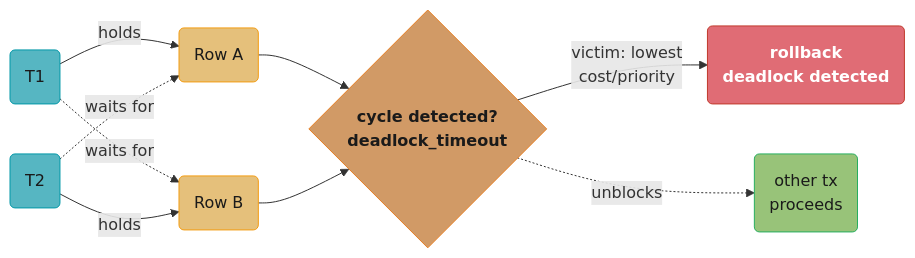
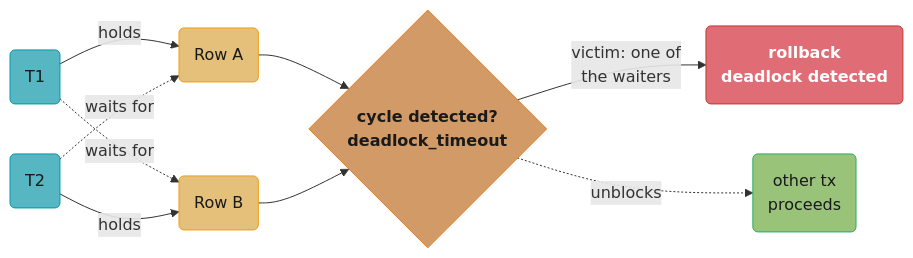
Before and after one commit to rppol/system-design: the first of 4 diagrams in src/main/java/com/rutik/systemdesign/database/concurrency_control_and_locking/README.md, drawn with Mermaid. The commit also changed other lines of this file and 4 other files, not shown here.

````diff
--- a/src/main/java/com/rutik/systemdesign/database/concurrency_control_and_locking/README.md
+++ b/src/main/java/com/rutik/systemdesign/database/concurrency_control_and_locking/README.md
@@ -240,25 +259,25 @@
 ```mermaid
 flowchart LR
     classDef io      fill:#61afef,stroke:#2e86c1,color:#1a1a1a,font-weight:bold
     classDef frozen  fill:#c678dd,stroke:#9b59b6,color:#fff
     classDef train   fill:#98c379,stroke:#27ae60,color:#1a1a1a
     classDef mathOp  fill:#d19a66,stroke:#e67e22,color:#1a1a1a,font-weight:bold
     classDef lossN   fill:#e06c75,stroke:#c0392b,color:#fff,font-weight:bold
     classDef req     fill:#56b6c2,stroke:#0097a7,color:#1a1a1a
     classDef base    fill:#e5c07b,stroke:#f39c12,color:#1a1a1a
 
     T1("T1") -->|"holds"| RowA("Row A")
     T1 -.->|"waits for"| RowB("Row B")
     T2("T2") -->|"holds"| RowB
     T2 -.->|"waits for"| RowA
     RowA --> Detector{"cycle detected?<br/>deadlock_timeout"}
     RowB --> Detector
-    Detector -->|"victim: lowest<br/>cost/priority"| Victim("rollback<br/>deadlock detected")
+    Detector -->|"victim: one of<br/>the waiters"| Victim("rollback<br/>deadlock detected")
     Detector -.->|"unblocks"| Survivor("other tx<br/>proceeds")
 
     class T1,T2 req
     class RowA,RowB base
     class Detector mathOp
     class Victim lossN
     class Survivor train
 ```
````
